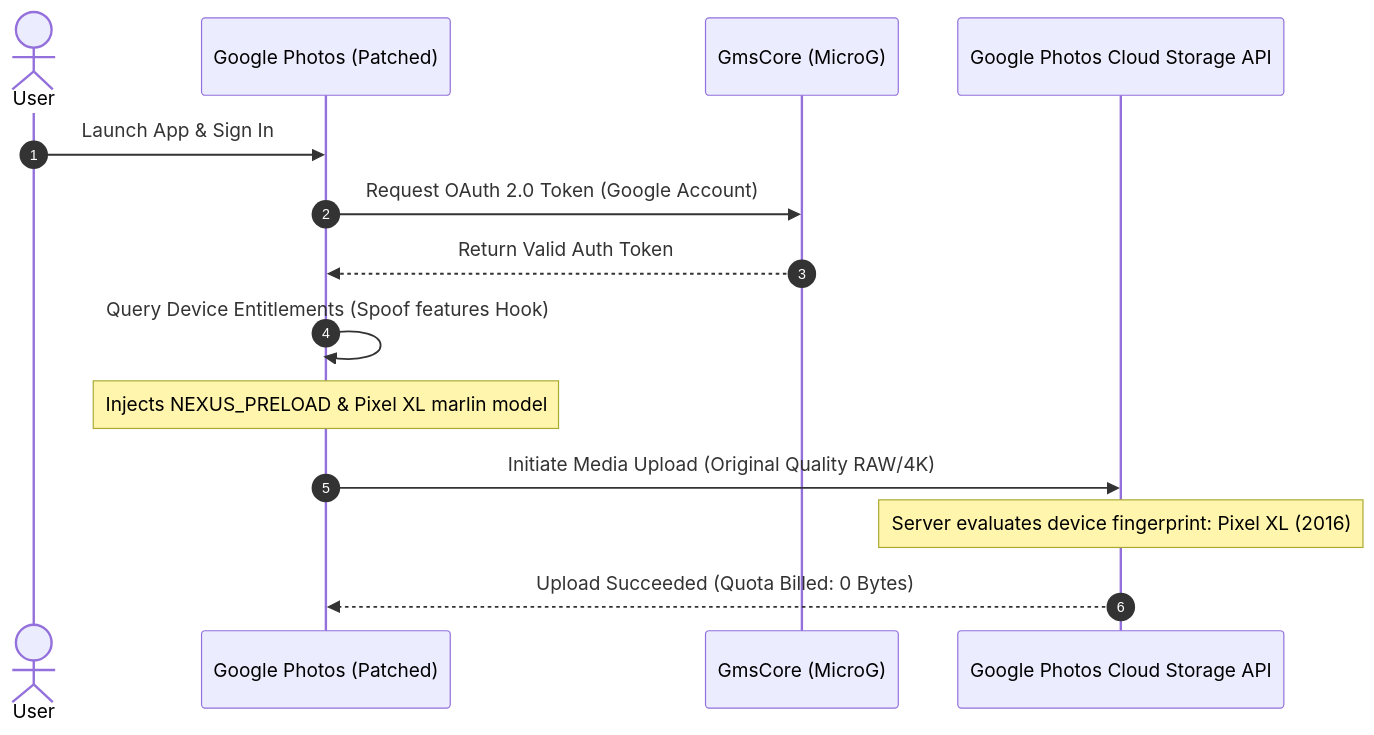
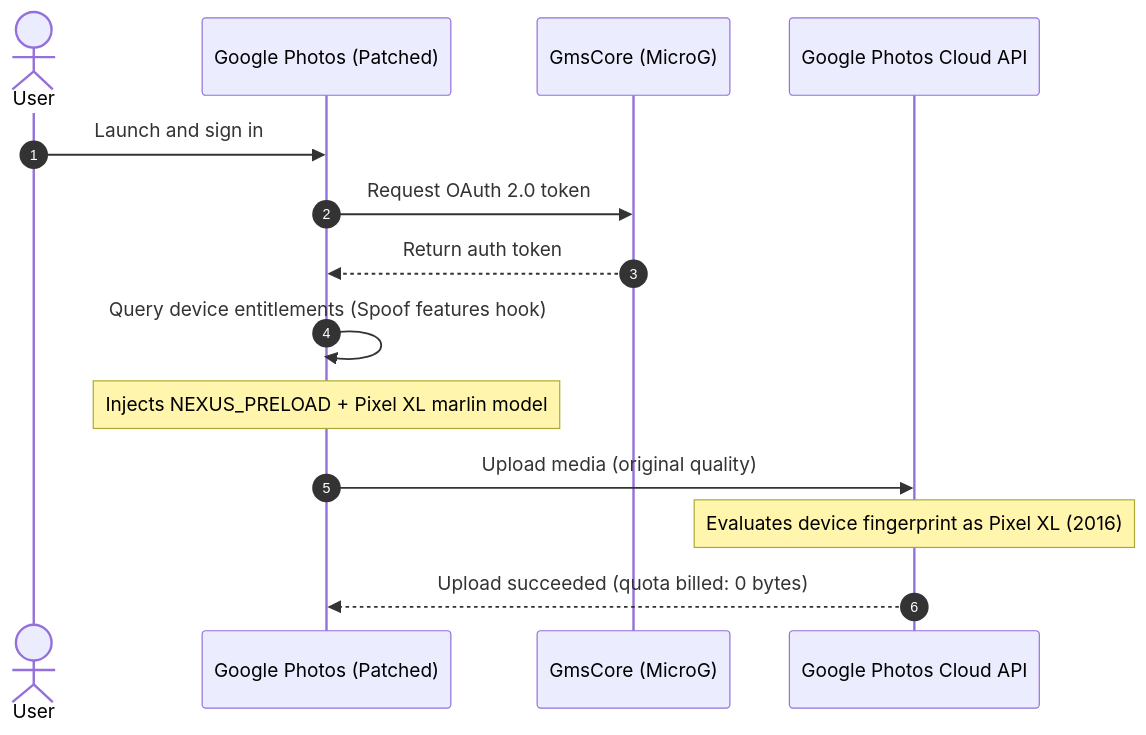
The second of 2 diagrams in docs/architecture.md (staneswilson/revanced-photos), drawn with Mermaid before and after one commit. The commit also changed other lines of this file and 7 other files, not shown here.

````diff
--- a/docs/architecture.md
+++ b/docs/architecture.md
@@ -72,17 +71,17 @@
 ```mermaid
 sequenceDiagram
     autonumber
     actor User
     participant App as Google Photos (Patched)
     participant Gms as GmsCore (MicroG)
-    participant Server as Google Photos Cloud Storage API
+    participant Server as Google Photos Cloud API
 
-    User->>App: Launch App & Sign In
-    App->>Gms: Request OAuth 2.0 Token (Google Account)
-    Gms-->>App: Return Valid Auth Token
-    App->>App: Query Device Entitlements (Spoof features Hook)
-    Note over App: Injects NEXUS_PRELOAD & Pixel XL marlin model
-    App->>Server: Initiate Media Upload (Original Quality RAW/4K)
-    Note over Server: Server evaluates device fingerprint: Pixel XL (2016)
-    Server-->>App: Upload Succeeded (Quota Billed: 0 Bytes)
+    User->>App: Launch and sign in
+    App->>Gms: Request OAuth 2.0 token
+    Gms-->>App: Return auth token
+    App->>App: Query device entitlements (Spoof features hook)
+    Note over App: Injects NEXUS_PRELOAD + Pixel XL marlin model
+    App->>Server: Upload media (original quality)
+    Note over Server: Evaluates device fingerprint as Pixel XL (2016)
+    Server-->>App: Upload succeeded (quota billed: 0 bytes)
 ```
````
